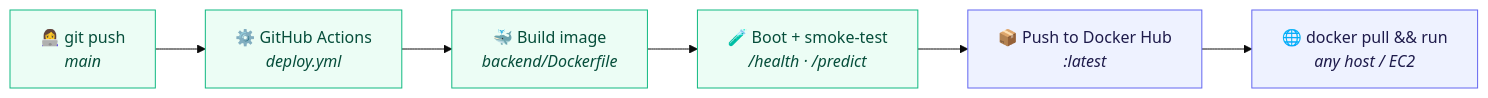
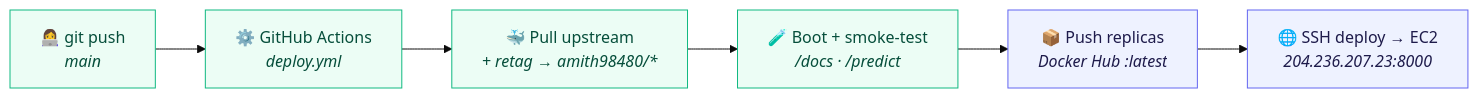
The third of 3 diagrams in README.md (Amith-Ganta/FastAPI-ML-Docker-AWS), drawn with Mermaid (base theme) before and after one commit. The commit also changed other lines of this file and 6 other files, not shown here.

First line of the commit message:
ci: mirror upstream image into amith98480 namespace, deploy to EC2

````diff
--- a/README.md
+++ b/README.md
@@ -123,13 +123,13 @@
 ```mermaid
 flowchart LR
     DEV["👩‍💻 git push<br/><i>main</i>"] --> GHA["⚙️ GitHub Actions<br/><i>deploy.yml</i>"]
-    GHA --> BUILD["🐳 Build image<br/><i>backend/Dockerfile</i>"]
-    BUILD --> TEST["🧪 Boot + smoke-test<br/><i>/health · /predict</i>"]
-    TEST --> HUB["📦 Push to Docker Hub<br/><i>:latest</i>"]
-    HUB --> DEPLOY["🌐 docker pull && run<br/><i>any host / EC2</i>"]
+    GHA --> PULL["🐳 Pull upstream<br/><i>+ retag → amith98480/*</i>"]
+    PULL --> TEST["🧪 Boot + smoke-test<br/><i>/docs · /predict</i>"]
+    TEST --> HUB["📦 Push replicas<br/><i>Docker Hub :latest</i>"]
+    HUB --> EC2["🌐 SSH deploy → EC2<br/><i>204.236.207.23:8000</i>"]
 
     classDef step fill:#ECFDF5,stroke:#10B981,stroke-width:1px,color:#064E3B;
     classDef ship fill:#EEF2FF,stroke:#6366F1,stroke-width:1px,color:#1E1B4B;
-    class DEV,GHA,BUILD,TEST step;
-    class HUB,DEPLOY ship;
+    class DEV,GHA,PULL,TEST step;
+    class HUB,EC2 ship;
 ```
````
